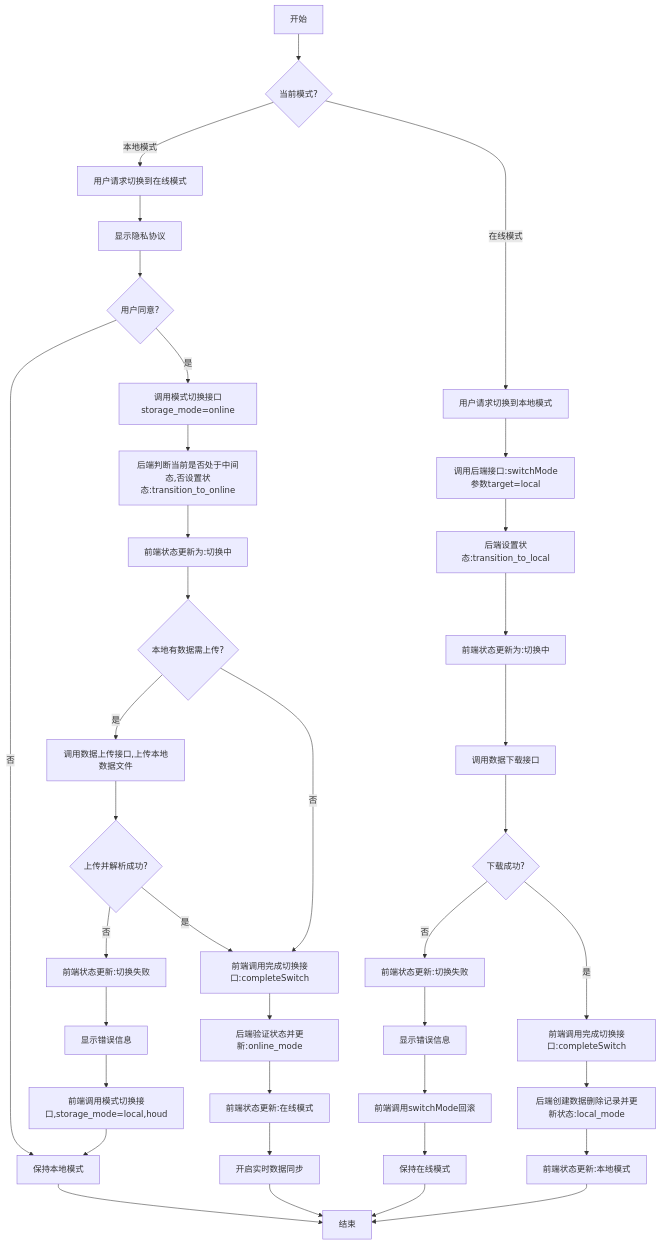
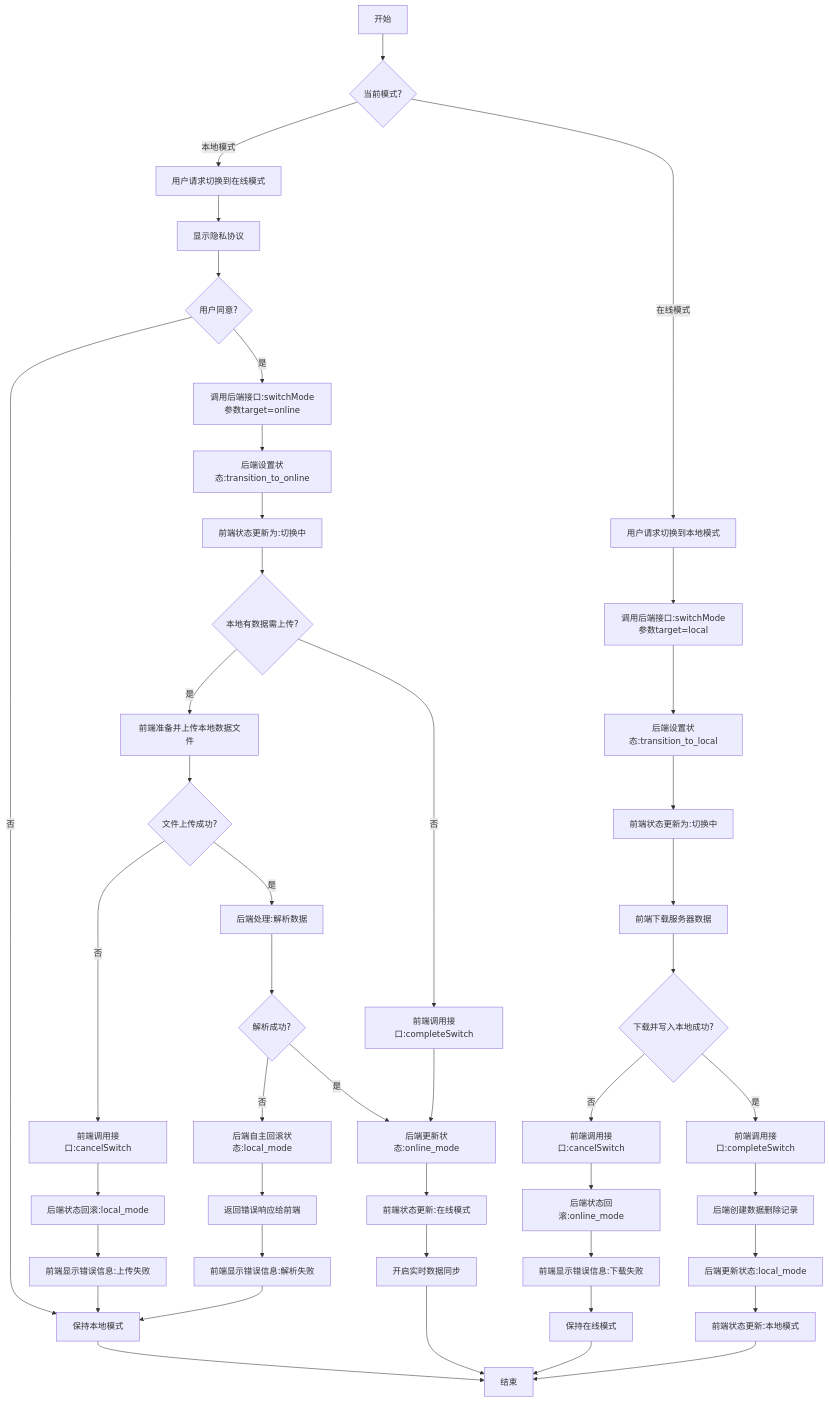
The diagram in all/未命名-58.md (yingjianzh/iodraw-files), drawn with Mermaid before and after one commit.

Commit message:
2025-05-14 10:41:33 update

````diff
--- a/all/未命名-58.md
+++ b/all/未命名-58.md
@@ -1,51 +1,68 @@
 ```mermaid
 flowchart TD
     A[开始] --> B{当前模式?}
     
     %% 本地模式转在线模式
     B -->|本地模式| C[用户请求切换到在线模式]
     C --> D[显示隐私协议]
     D --> E{用户同意?}
+
     E -->|否| F[保持本地模式]
     F --> Z[结束]
     
-    E -->|是| G[调用模式切换接口storage_mode=online]
-    G --> H[后端判断当前是否处于中间态,否设置状态:transition_to_online]
+    E -->|是| G[调用后端接口:switchMode参数target=online]
+    G --> H[后端设置状态:transition_to_online]
     H --> I[前端状态更新为:切换中]
     
     I --> J{本地有数据需上传?}
     
-    J -->|是| L[调用数据上传接口,上传本地数据文件]
-    L --> M{上传并解析成功?}
-    M -->|否| O[前端状态更新:切换失败]
-    O --> P[显示错误信息]
-    P --> Q[前端调用模式切换接口,storage_mode=local,houd]
-    Q --> F
+    %% 有本地数据需上传的情况
+    J -->|是| K[前端准备并上传本地数据文件]
+    K --> L{文件上传成功?}
     
-    J -->|否| R[前端调用完成切换接口:completeSwitch]
-    M -->|是| R
+    %% 上传失败的情况
+    L -->|否| M[前端调用接口:cancelSwitch]
+    M --> N[后端状态回滚:local_mode]
+    N --> O[前端显示错误信息:上传失败]
+    O --> F
     
-    R --> S[后端验证状态并更新:online_mode]
-    S --> T[前端状态更新:在线模式]
-    T --> U[开启实时数据同步]
-    U --> Z
+    %% 上传成功但解析失败的情况
+    L -->|是| P[后端处理:解析数据]
+    P --> Q{解析成功?}
+    Q -->|否| R[后端自主回滚状态:local_mode]
+    R --> S[返回错误响应给前端]
+    S --> T[前端显示错误信息:解析失败]
+    T --> F
+    
+    %% 全部成功的情况
+    Q -->|是| U[后端更新状态:online_mode]
+    J -->|否| V[前端调用接口:completeSwitch]
+    V --> U
+    
+    U --> W[前端状态更新:在线模式]
+    W --> X[开启实时数据同步]
+    X --> Z
     
     %% 在线模式转本地模式
-    B -->|在线模式| V[用户请求切换到本地模式]
-    V --> W[调用后端接口:switchMode参数target=local]
-    W --> X[后端设置状态:transition_to_local]
-    X --> Y[前端状态更新为:切换中]
+    B -->|在线模式| AA[用户请求切换到本地模式]
+    AA --> AB[调用后端接口:switchMode参数target=local]
+    AB --> AC[后端设置状态:transition_to_local]
+    AC --> AD[前端状态更新为:切换中]
     
-    Y --> Z1[调用数据下载接口]
-    Z1 --> AA{下载成功?}
-    AA -->|否| AB[前端状态更新:切换失败]
-    AB --> AC[显示错误信息]
-    AC --> AD[前端调用switchMode回滚]
-    AD --> AE[保持在线模式]
-    AE --> Z
+    AD --> AE[前端下载服务器数据]
+    AE --> AF{下载并写入本地成功?}
     
-    AA -->|是| AF[前端调用完成切换接口:completeSwitch]
-    AF --> AG[后端创建数据删除记录并更新状态:local_mode]
-    AG --> AH[前端状态更新:本地模式]
-    AH --> Z
+    %% 下载失败的情况
+    AF -->|否| AG[前端调用接口:cancelSwitch]
+    AG --> AH[后端状态回滚:online_mode]
+    AH --> AI[前端显示错误信息:下载失败]
+    AI --> AJ[保持在线模式]
+    AJ --> Z
+    
+    %% 下载成功的情况
+    AF -->|是| AK[前端调用接口:completeSwitch]
+    AK --> AL[后端创建数据删除记录]
+    AL --> AM[后端更新状态:local_mode]
+    AM --> AN[前端状态更新:本地模式]
+    AN --> Z
 ```
````
